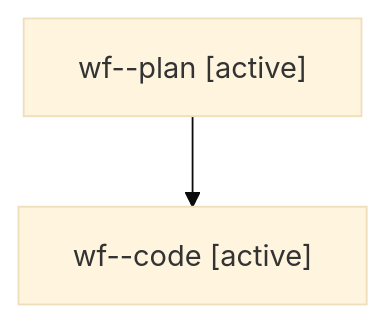
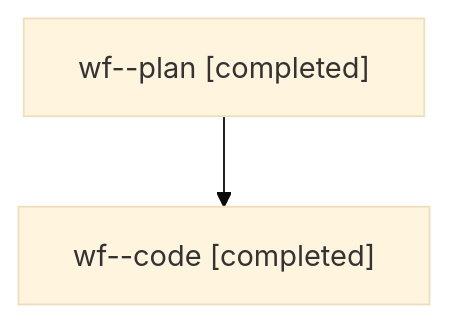
The diagram in families/bbugyi200.athena.wf.md (sase-org/sase--agents), drawn with Mermaid (base theme) before and after one commit. The commit also changed other lines of this file and 1475 other files, not shown here.

````diff
--- a/families/bbugyi200.athena.wf.md
+++ b/families/bbugyi200.athena.wf.md
@@ -9,6 +9,6 @@
 ```mermaid
 flowchart TD
-  n0["wf--plan [active]"]
-  n1["wf--code [active]"]
+  n0["wf--plan [completed]"]
+  n1["wf--code [completed]"]
   n0 --> n1
 ```
````
